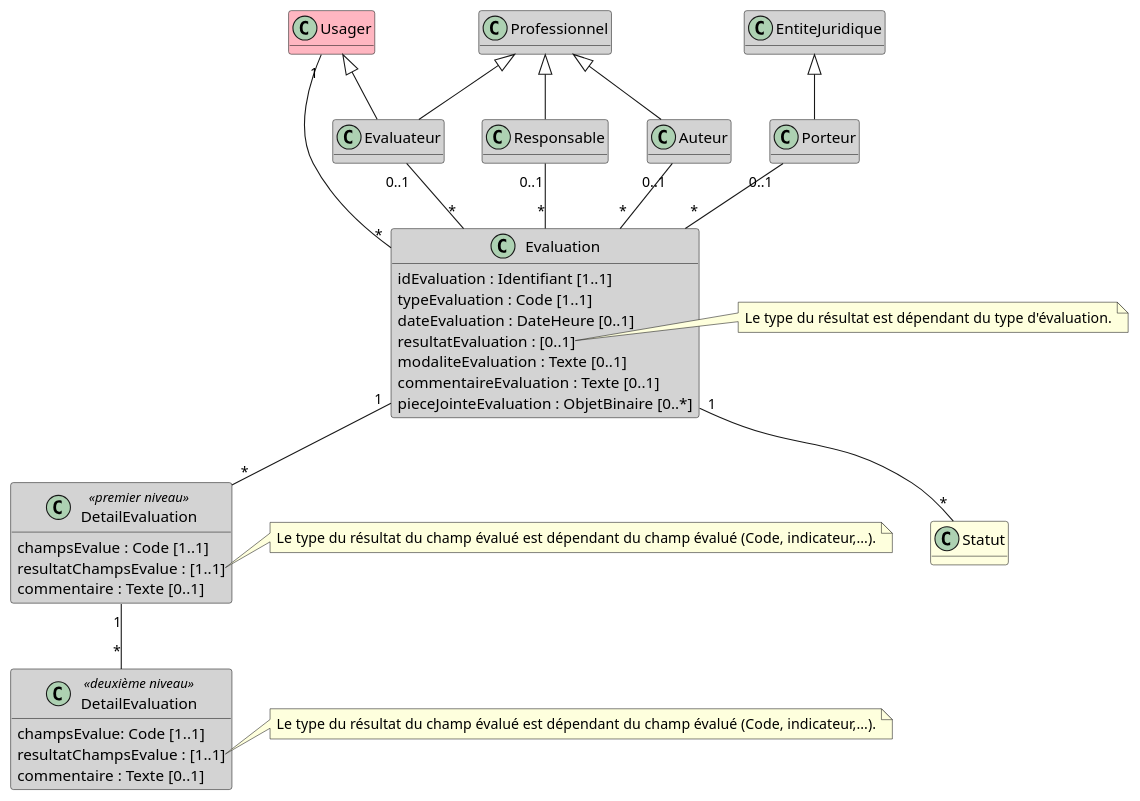
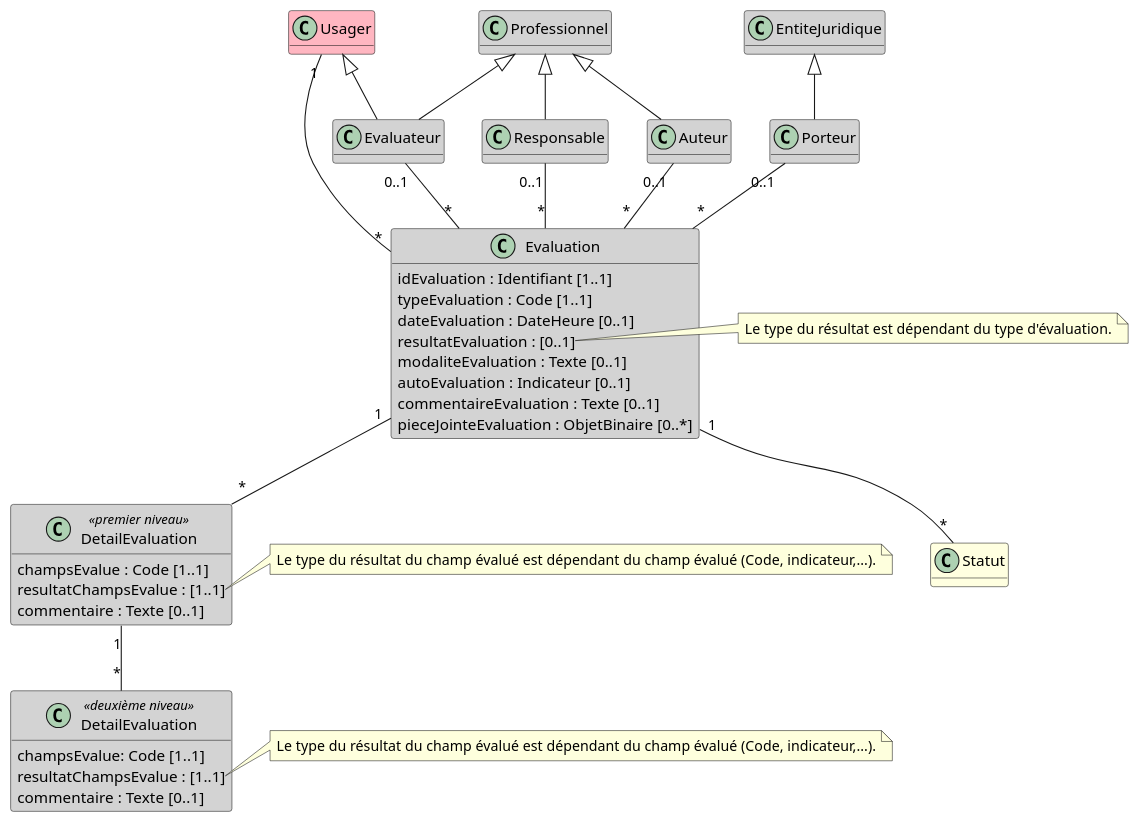
The diagram in input/images-source/bloc_evaluation-grille.plantuml (ansforge/IG-fhir-medicosocial-transfert-donnees-dui), drawn with PlantUML before and after one commit. The commit also changed 6 other files, not shown here.

```diff
--- a/input/images-source/bloc_evaluation-grille.plantuml
+++ b/input/images-source/bloc_evaluation-grille.plantuml
@@ -1,73 +1,74 @@
 @startuml
 
 hide empty methods
 
 class Usager #LightPink
 
 class Evaluateur #LightGray
 
 class Responsable #LightGray
 
 class Auteur #LightGray
 
 class Porteur #LightGray
 
 class Professionnel #LightGray
 
 class EntiteJuridique #LightGray
 
 class Statut #LightYellow
 
 class Evaluation #LightGray {
     idEvaluation : Identifiant [1..1]
     typeEvaluation : Code [1..1]
     dateEvaluation : DateHeure [0..1]
     resultatEvaluation : [0..1]
     modaliteEvaluation : Texte [0..1]
+    autoEvaluation : Indicateur [0..1]
     commentaireEvaluation : Texte [0..1]
     pieceJointeEvaluation : ObjetBinaire [0..*]
 }
 
 note right of Evaluation::resultat
   Le type du résultat est dépendant du type d'évaluation.
 end note
 
 class "DetailEvaluation" as DetailEvaluationN1 <<premier niveau>> #LightGray {
     champsEvalue : Code [1..1]
     resultatChampsEvalue : [1..1]
     commentaire : Texte [0..1]
 }
 
 note right of DetailEvaluationN1::resultatChampsEvalue
   Le type du résultat du champ évalué est dépendant du champ évalué (Code, indicateur,...).
 end note
 
 class "DetailEvaluation" as DetailEvaluationN2 <<deuxième niveau>> #LightGray {
     champsEvalue: Code [1..1]
     resultatChampsEvalue : [1..1]
     commentaire : Texte [0..1]
 }
 
 note right of DetailEvaluationN2::resultatChampsEvalue
   Le type du résultat du champ évalué est dépendant du champ évalué (Code, indicateur,...).
 end note
 
 Professionnel <|-- Evaluateur
 Usager <|-- Evaluateur
 Professionnel <|-- Responsable
 Professionnel <|-- Auteur
 
 EntiteJuridique <|-- Porteur
 
 Evaluateur "0..1" -- "*" Evaluation
 Responsable "0..1" -- "*" Evaluation
 Auteur "0..1" -- "*" Evaluation
 Usager "1" -- "*" Evaluation
 
 Porteur "0..1" -- "*" Evaluation
 
 Evaluation "1" -- "*" DetailEvaluationN1
 DetailEvaluationN1 "1" -- "*" DetailEvaluationN2
 Evaluation "1" -- "*" Statut
 
 @enduml
```
